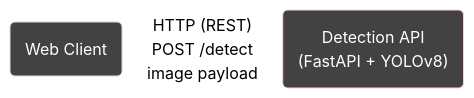
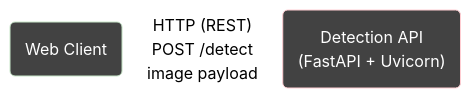
Before and after one commit to zachdyszelwcu/csc468project: the diagram in README.md, drawn with Mermaid.

````diff
--- a/README.md
+++ b/README.md
@@ -5,13 +5,13 @@
 ```mermaid
 ---
 config:
   theme: neutral
 ---
 flowchart LR
-  A("Web Client") -->|"HTTP (REST)<br/>POST /detect<br/>image payload"| B("Detection API<br/>(FastAPI + YOLOv8)")
+  A("Web Client") -->|"HTTP (REST)<br/>POST /detect<br/>image payload"| B("Detection API<br/>(FastAPI + Uvicorn)")
 
   style A color:#FFFFFF,fill:#424242,stroke:#C8E6C9
   style B color:#FFFFFF,fill:#424242,stroke:#FFCDD2
   linkStyle 0 stroke:#FFFFFF
 
 ```
````
